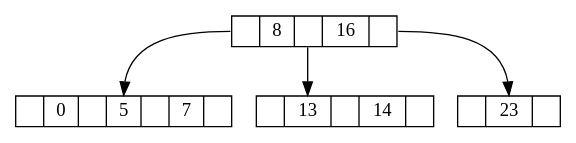
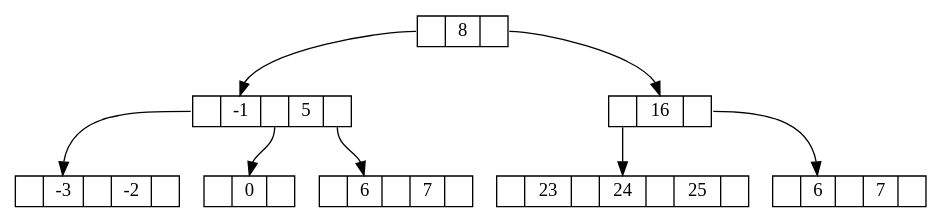
Before and after one commit to DenRen/BabichevAlgo: the diagram in H5/H5.4-bigbook/graph.gv, drawn with Graphviz. The commit also changed 3 other files, not shown here.

```diff
--- a/H5/H5.4-bigbook/graph.gv
+++ b/H5/H5.4-bigbook/graph.gv
@@ -1,10 +1,18 @@
 digraph G {
 node [shape = record, height=.1];
-node0[label = "<p0>| <k0> 8| <p1>| <k1> 16| <p2>"];
-node1[label = "<p0>| <k0> 0| <p1>| <k1> 5| <p2>| <k2> 7| <p3>"];
-"node0":p0 -> "node1":k1;
-node2[label = "<p0>| <k0> 13| <p1>| <k1> 14| <p2>"];
-"node0":p1 -> "node2":k0;
-node3[label = "<p0>| <k0> 23| <p1>"];
-"node0":p2 -> "node3":k0;
+node0[label = "<p0>| <k0> 8| <p1>"];
+node1[label = "<p0>| <k0> -1| <p1>| <k1> 5| <p2>"];
+node2[label = "<p0>| <k0> -3| <p1>| <k1> -2| <p2>"];
+"node1":p0 -> "node2":k0;
+node3[label = "<p0>| <k0> 0| <p1>"];
+"node1":p1 -> "node3":k0;
+node4[label = "<p0>| <k0> 6| <p1>| <k1> 7| <p2>"];
+"node1":p2 -> "node4":k0;
+"node0":p0 -> "node1":k0;
+node5[label = "<p0>| <k0> 16| <p1>"];
+node6[label = "<p0>| <k0> 23| <p1>| <k1> 24| <p2>| <k2> 25| <p3>"];
+"node5":p0 -> "node6":k1;
+node7[label = "<p0>| <k0> 6| <p1>| <k1> 7| <p2>"];
+"node5":p1 -> "node7":k0;
+"node0":p1 -> "node5":k0;
 }
```
